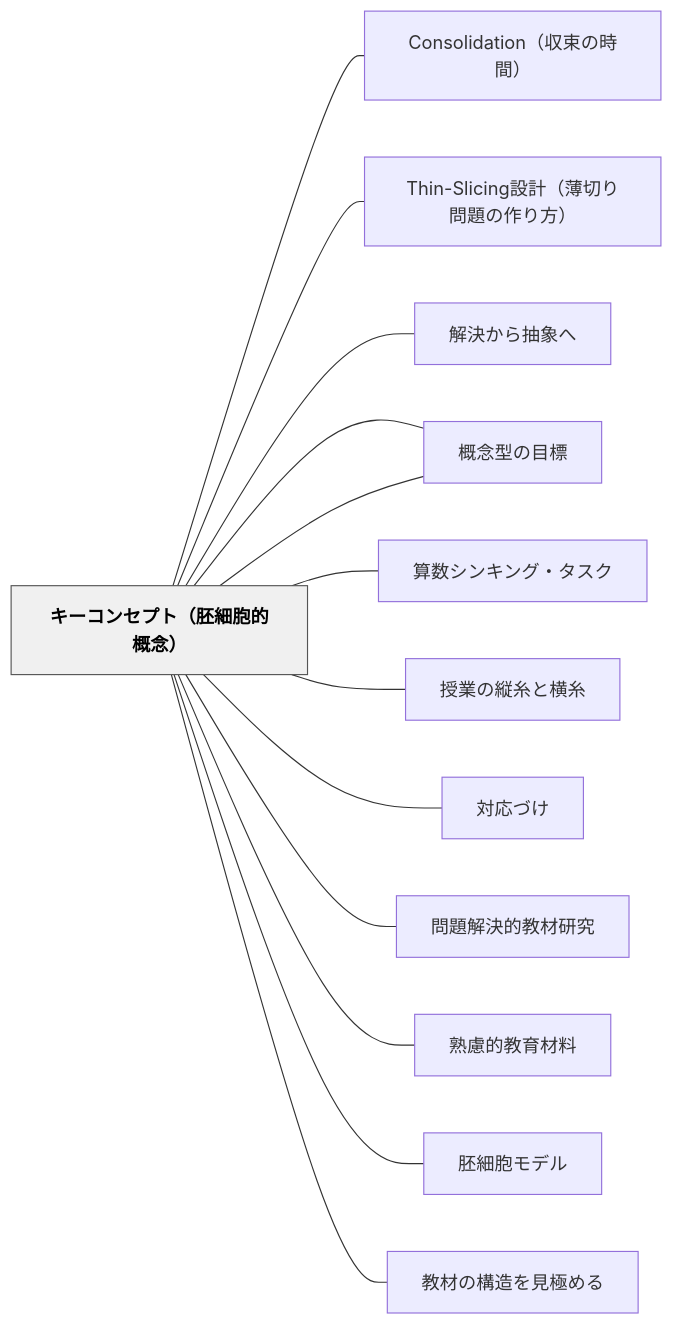
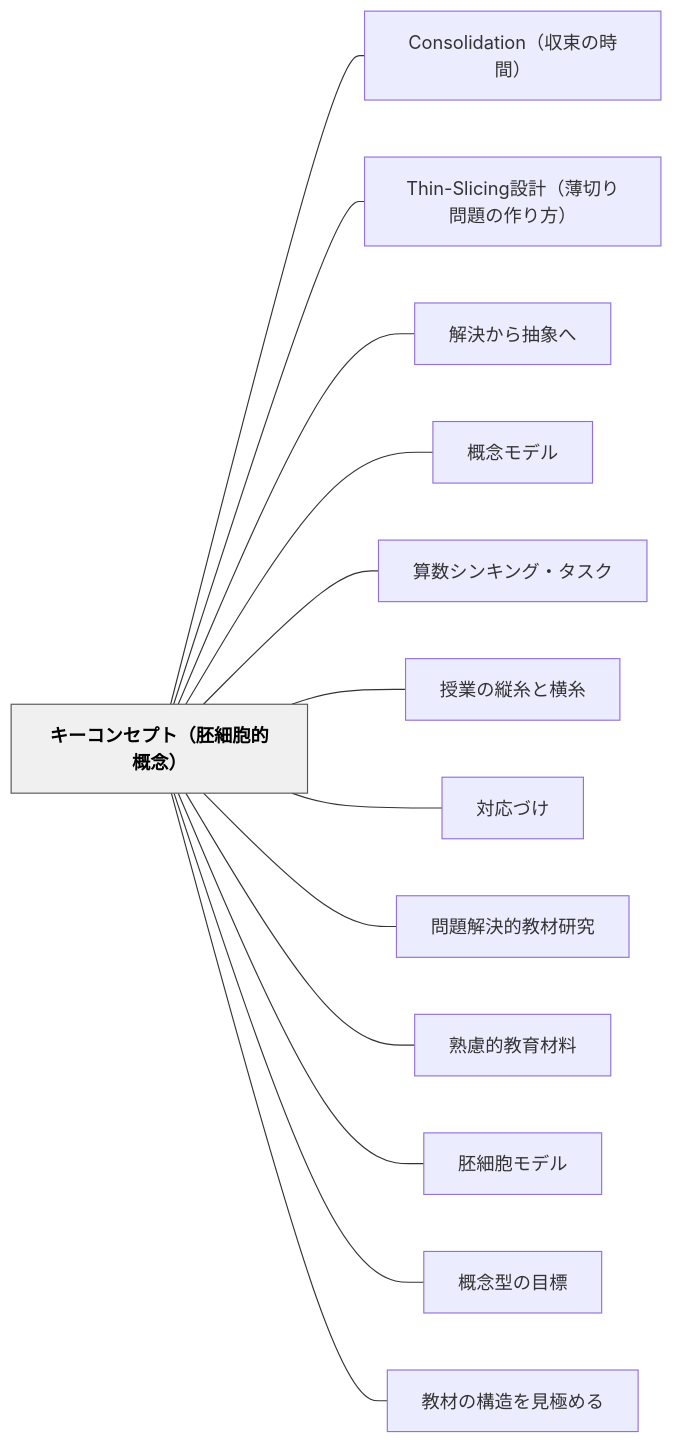
The diagram in content/パタン/キーコンセプト（胚細胞的概念）.md (unknownthings-ed-patterns/unknownthings-ed-patterns), drawn with Mermaid before and after one commit. The commit also changed 527 other files, not shown here.

````diff
--- a/content/パタン/キーコンセプト（胚細胞的概念）.md
+++ b/content/パタン/キーコンセプト（胚細胞的概念）.md
@@ -53,32 +53,32 @@
 ```mermaid
 flowchart LR
-    ne382ade383bc["キーコンセプト（胚細胞的概念）"]
-    n436f6e736f6c["Consolidation（収束の時間）"]
-    n5468696e2d53["Thin-Slicing設計（薄切り問題の作り方）"]
-    ne8a7a3e6b1ba["解決から抽象へ"]
-    ne6a682e5bfb5["概念モデル"]
-    ne7ae97e695b0["算数シンキング・タスク"]
-    ne68e88e6a5ad["授業の縦糸と横糸"]
-    ne5afbee5bf9c["対応づけ"]
-    ne5958fe9a18c["問題解決的教材研究"]
-    ne7869fe685ae["熟慮的教育材料"]
-    ne8839ae7b4b0["胚細胞モデル"]
-    ne6a682e5bfb5["概念型の目標"]
-    ne69599e69d90["教材の構造を見極める"]
+    ne382ade383bce382b3e383b3e382bbe38397e38388efbc88e8839ae7b4b0e8839ee79a84e6a682e5bfb5efbc89["キーコンセプト（胚細胞的概念）"]
+    n436f6e736f6c69646174696f6eefbc88e58f8ee69d9fe381aee69982e99693efbc89["Consolidation（収束の時間）"]
+    n5468696e2d536c6963696e67e8a8ade8a888efbc88e89684e58887e3828ae5958fe9a18ce381aee4bd9ce3828ae696b9efbc89["Thin-Slicing設計（薄切り問題の作り方）"]
+    ne8a7a3e6b1bae3818be38289e68abde8b1a1e381b8["解決から抽象へ"]
+    ne6a682e5bfb5e383a2e38387e383ab["概念モデル"]
+    ne7ae97e695b0e382b7e383b3e382ade383b3e382b0e383bbe382bfe382b9e382af["算数シンキング・タスク"]
+    ne68e88e6a5ade381aee7b8a6e7b3b8e381a8e6a8aae7b3b8["授業の縦糸と横糸"]
+    ne5afbee5bf9ce381a5e38191["対応づけ"]
+    ne5958fe9a18ce8a7a3e6b1bae79a84e69599e69d90e7a094e7a9b6["問題解決的教材研究"]
+    ne7869fe685aee79a84e69599e882b2e69d90e69699["熟慮的教育材料"]
+    ne8839ae7b4b0e8839ee383a2e38387e383ab["胚細胞モデル"]
+    ne6a682e5bfb5e59e8be381aee79baee6a899["概念型の目標"]
+    ne69599e69d90e381aee6a78be980a0e38292e8a68be6a5b5e38281e3828b["教材の構造を見極める"]
 
-    ne382ade383bc --- n436f6e736f6c
-    ne382ade383bc --- n5468696e2d53
-    ne382ade383bc --- ne8a7a3e6b1ba
-    ne382ade383bc --- ne6a682e5bfb5
-    ne382ade383bc --- ne7ae97e695b0
-    ne382ade383bc --- ne68e88e6a5ad
-    ne382ade383bc --- ne5afbee5bf9c
-    ne382ade383bc --- ne5958fe9a18c
-    ne382ade383bc --- ne7869fe685ae
-    ne382ade383bc --- ne8839ae7b4b0
-    ne382ade383bc --- ne6a682e5bfb5
-    ne382ade383bc --- ne69599e69d90
+    ne382ade383bce382b3e383b3e382bbe38397e38388efbc88e8839ae7b4b0e8839ee79a84e6a682e5bfb5efbc89 --- n436f6e736f6c69646174696f6eefbc88e58f8ee69d9fe381aee69982e99693efbc89
+    ne382ade383bce382b3e383b3e382bbe38397e38388efbc88e8839ae7b4b0e8839ee79a84e6a682e5bfb5efbc89 --- n5468696e2d536c6963696e67e8a8ade8a888efbc88e89684e58887e3828ae5958fe9a18ce381aee4bd9ce3828ae696b9efbc89
+    ne382ade383bce382b3e383b3e382bbe38397e38388efbc88e8839ae7b4b0e8839ee79a84e6a682e5bfb5efbc89 --- ne8a7a3e6b1bae3818be38289e68abde8b1a1e381b8
+    ne382ade383bce382b3e383b3e382bbe38397e38388efbc88e8839ae7b4b0e8839ee79a84e6a682e5bfb5efbc89 --- ne6a682e5bfb5e383a2e38387e383ab
+    ne382ade383bce382b3e383b3e382bbe38397e38388efbc88e8839ae7b4b0e8839ee79a84e6a682e5bfb5efbc89 --- ne7ae97e695b0e382b7e383b3e382ade383b3e382b0e383bbe382bfe382b9e382af
+    ne382ade383bce382b3e383b3e382bbe38397e38388efbc88e8839ae7b4b0e8839ee79a84e6a682e5bfb5efbc89 --- ne68e88e6a5ade381aee7b8a6e7b3b8e381a8e6a8aae7b3b8
+    ne382ade383bce382b3e383b3e382bbe38397e38388efbc88e8839ae7b4b0e8839ee79a84e6a682e5bfb5efbc89 --- ne5afbee5bf9ce381a5e38191
+    ne382ade383bce382b3e383b3e382bbe38397e38388efbc88e8839ae7b4b0e8839ee79a84e6a682e5bfb5efbc89 --- ne5958fe9a18ce8a7a3e6b1bae79a84e69599e69d90e7a094e7a9b6
+    ne382ade383bce382b3e383b3e382bbe38397e38388efbc88e8839ae7b4b0e8839ee79a84e6a682e5bfb5efbc89 --- ne7869fe685aee79a84e69599e882b2e69d90e69699
+    ne382ade383bce382b3e383b3e382bbe38397e38388efbc88e8839ae7b4b0e8839ee79a84e6a682e5bfb5efbc89 --- ne8839ae7b4b0e8839ee383a2e38387e383ab
+    ne382ade383bce382b3e383b3e382bbe38397e38388efbc88e8839ae7b4b0e8839ee79a84e6a682e5bfb5efbc89 --- ne6a682e5bfb5e59e8be381aee79baee6a899
+    ne382ade383bce382b3e383b3e382bbe38397e38388efbc88e8839ae7b4b0e8839ee79a84e6a682e5bfb5efbc89 --- ne69599e69d90e381aee6a78be980a0e38292e8a68be6a5b5e38281e3828b
 
     classDef hub fill:#f0f0f0,stroke:#555,color:#000,font-weight:bold
-    class ne382ade383bc hub
+    class ne382ade383bce382b3e383b3e382bbe38397e38388efbc88e8839ae7b4b0e8839ee79a84e6a682e5bfb5efbc89 hub
 ```
````
